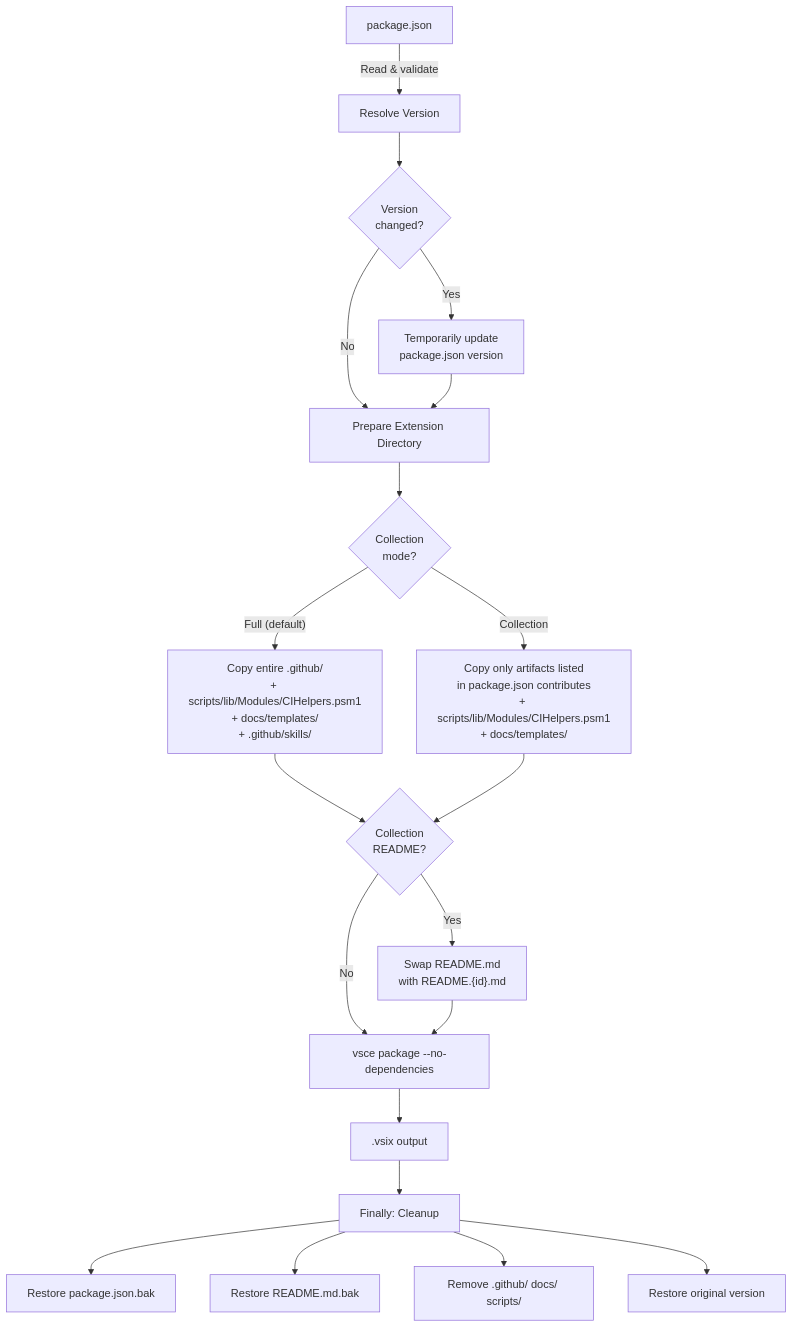
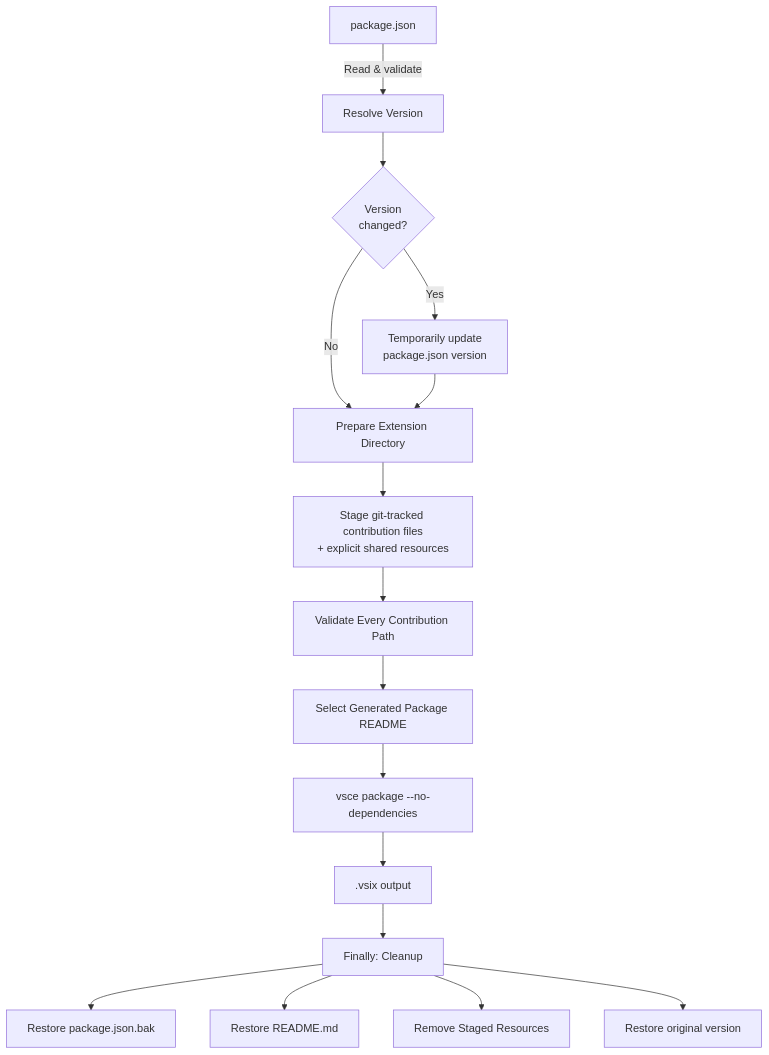
Before and after one commit to MohammedAlkindi/hve-core: the third of 3 diagrams in extension/PACKAGING.md, drawn with Mermaid. The commit also changed other lines of this file and 216 other files, not shown here.

````diff
--- a/extension/PACKAGING.md
+++ b/extension/PACKAGING.md
@@ -190,26 +190,21 @@
 ```mermaid
 flowchart TB
     PKG["package.json"] -->|"Read & validate"| VER[Resolve Version]
     VER --> TMPVER{"Version<br/>changed?"}
     TMPVER -->|Yes| WRITE["Temporarily update<br/>package.json version"]
     TMPVER -->|No| PREP
     WRITE --> PREP[Prepare Extension Directory]
 
-    PREP --> MODE{"Collection<br/>mode?"}
-    MODE -->|"Full (default)"| FULL["Copy entire .github/<br/>+ scripts/lib/Modules/CIHelpers.psm1<br/>+ docs/templates/<br/>+ .github/skills/"]
-    MODE -->|Collection| COLL["Copy only artifacts listed<br/>in package.json contributes<br/>+ scripts/lib/Modules/CIHelpers.psm1<br/>+ docs/templates/"]
-
-    FULL --> RDM{"Collection<br/>README?"}
-    COLL --> RDM
-    RDM -->|Yes| SWAP["Swap README.md<br/>with README.{id}.md"]
-    RDM -->|No| VSCE
-    SWAP --> VSCE
+    PREP --> STAGE["Stage git-tracked contribution files<br/>+ explicit shared resources"]
+    STAGE --> CHECK[Validate Every Contribution Path]
+    CHECK --> RDM[Select Generated Package README]
+    RDM --> VSCE
 
     VSCE["vsce package --no-dependencies"] --> VSIX[".vsix output"]
 
     VSIX --> CLEAN["Finally: Cleanup"]
     CLEAN --> R1["Restore package.json.bak"]
-    CLEAN --> R2["Restore README.md.bak"]
-    CLEAN --> R3["Remove .github/ docs/ scripts/"]
+    CLEAN --> R2[Restore README.md]
+    CLEAN --> R3[Remove Staged Resources]
     CLEAN --> R4["Restore original version"]
 ```
````
